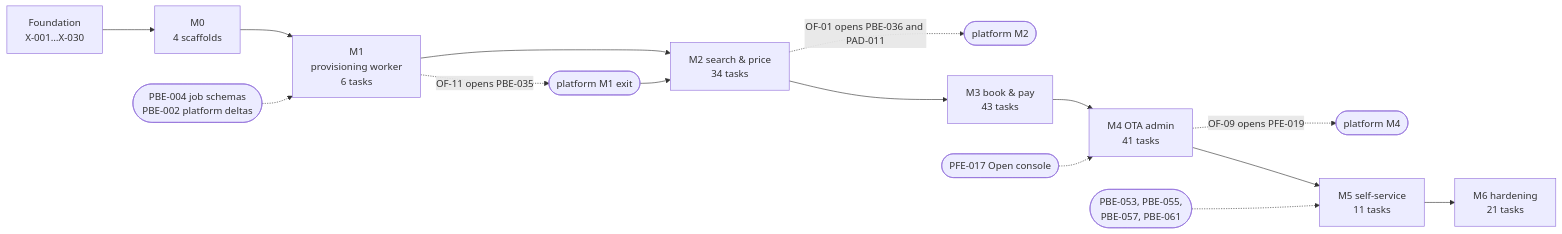
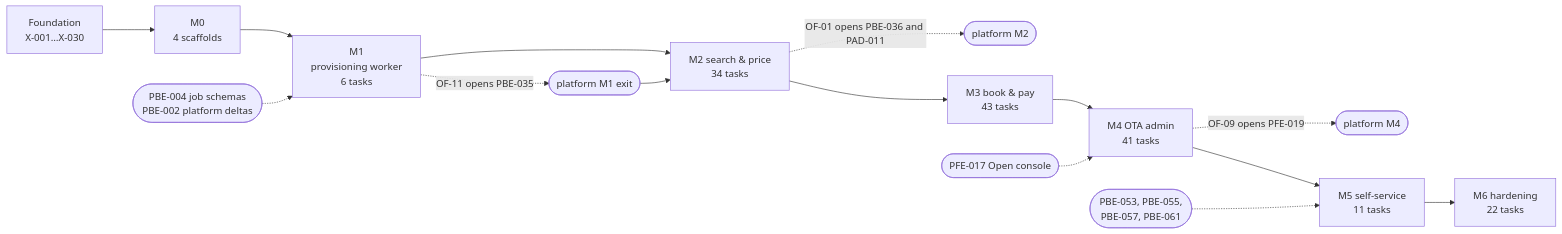
One commit to bhagwati-prasad/velexis-ota changed the diagram in ota/docs/plans/implementation-plan.md. Above: the diagram before and after it, drawn with Mermaid. The commit also changed other lines of this file and 23 other files, not shown here.

````diff
--- a/ota/docs/plans/implementation-plan.md
+++ b/ota/docs/plans/implementation-plan.md
@@ -62,17 +62,17 @@
 ```mermaid
 flowchart LR
   F["Foundation<br/>X-001…X-030"] --> M0["M0<br/>4 scaffolds"]
   M0 --> M1["M1<br/>provisioning worker<br/>6 tasks"]
   P4(["PBE-004 job schemas<br/>PBE-002 platform deltas"]) -.-> M1
   M1 -. OF-11 opens PBE-035 .-> PM1(["platform M1 exit"])
   M1 --> M2["M2 search & price<br/>34 tasks"]
   PM1 --> M2
   M2 -. OF-01 opens PBE-036 and PAD-011 .-> PM2(["platform M2"])
   M2 --> M3["M3 book & pay<br/>43 tasks"]
   M3 --> M4["M4 OTA admin<br/>41 tasks"]
   PF17(["PFE-017 Open console"]) -.-> M4
   M4 -. OF-09 opens PFE-019 .-> PM4(["platform M4"])
   M4 --> M5["M5 self-service<br/>11 tasks"]
   PM5(["PBE-053, PBE-055,<br/>PBE-057, PBE-061"]) -.-> M5
-  M5 --> M6["M6 hardening<br/>21 tasks"]
+  M5 --> M6["M6 hardening<br/>22 tasks"]
 ```
````
